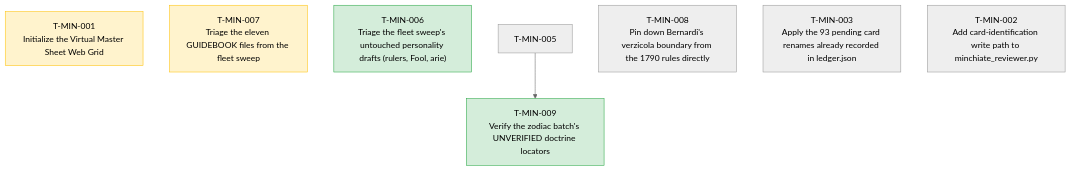
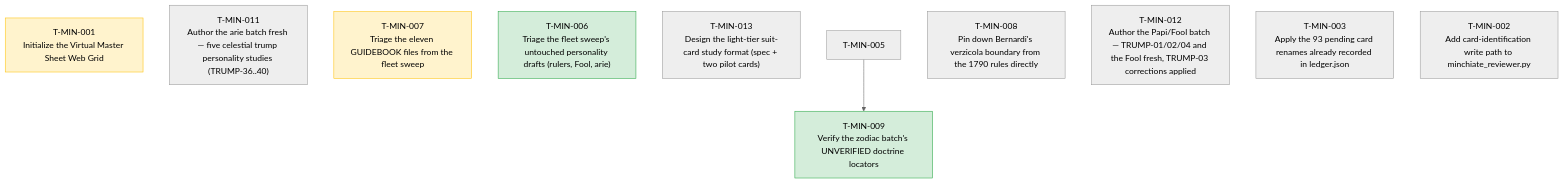
The diagram in TASKS.md (wgmilleriii/task_coordinator), drawn with Mermaid (neutral theme) before and after one commit. The commit also changed other lines of this file and 4 other files, not shown here.

First line of the commit message:
scout: mint T-MIN-011/012/013 — arie batch, Papi/Fool batch, suit-card light-tier format spec

````diff
--- a/TASKS.md
+++ b/TASKS.md
@@ -7,15 +7,18 @@
 ```mermaid
 graph TD
     classDef done fill:#d4edda,stroke:#28a745,color:#000;
     classDef blocked fill:#f8d7da,stroke:#dc3545,color:#000;
     classDef review fill:#fff3cd,stroke:#ffc107,color:#000;
     classDef active fill:#cce5ff,stroke:#007bff,color:#000;
     T-MIN-001["T-MIN-001<br/>Initialize the Virtual Master Sheet Web Grid"]:::review
+    T-MIN-011["T-MIN-011<br/>Author the arie batch fresh — five celestial trump personality studies (TRUMP-36..40)"]
     T-MIN-007["T-MIN-007<br/>Triage the eleven GUIDEBOOK files from the fleet sweep"]:::review
     T-MIN-006["T-MIN-006<br/>Triage the fleet sweep's untouched personality drafts (rulers, Fool, arie)"]:::done
+    T-MIN-013["T-MIN-013<br/>Design the light-tier suit-card study format (spec + two pilot cards)"]
     T-MIN-009["T-MIN-009<br/>Verify the zodiac batch's UNVERIFIED doctrine locators"]:::done
     T-MIN-005 --> T-MIN-009
     T-MIN-008["T-MIN-008<br/>Pin down Bernardi's verzicola boundary from the 1790 rules directly"]
+    T-MIN-012["T-MIN-012<br/>Author the Papi/Fool batch — TRUMP-01/02/04 and the Fool fresh, TRUMP-03 corrections applied"]
     T-MIN-003["T-MIN-003<br/>Apply the 93 pending card renames already recorded in ledger.json"]
     T-MIN-002["T-MIN-002<br/>Add card-identification write path to minchiate_reviewer.py"]
 ```
````
